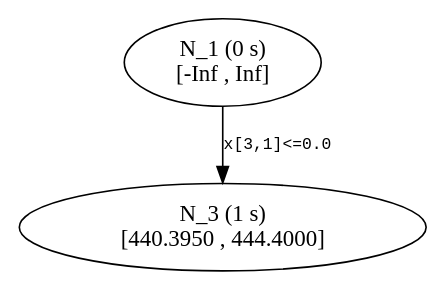
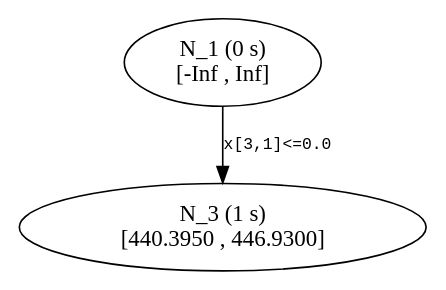
The diagram in previews/PR930/start/tree2.dot (atoptima/Coluna.jl), drawn with Graphviz before and after one commit. The commit also changed 20 other files, not shown here.

```diff
--- a/previews/PR930/start/tree2.dot
+++ b/previews/PR930/start/tree2.dot
@@ -1,8 +1,8 @@
 ## dot -Tpdf thisfile > thisfile.pdf 
 
 digraph Branching_Tree {
 	edge[fontname = "Courier", fontsize = 10];
 	n1 [label= "N_1 (0 s) \n[-Inf , Inf]"];
-	n3 [label= "N_3 (1 s) \n[440.3950 , 444.4000]"];
+	n3 [label= "N_3 (1 s) \n[440.3950 , 446.9300]"];
 	n1 -> n3 [label= "x[3,1]<=0.0"];
 }
```
